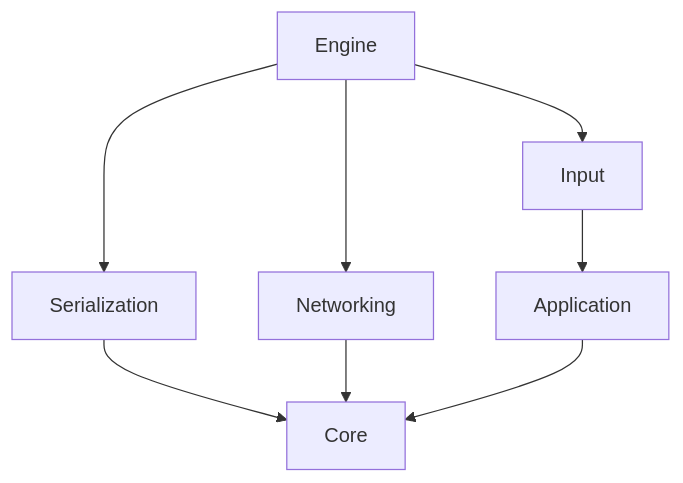
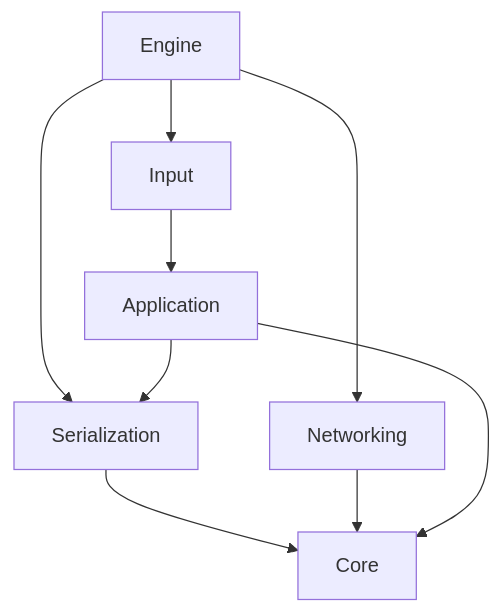
The diagram in docs/source/modules/index.md (JonatanNevo/portal-framework), drawn with Mermaid before and after one commit. The commit also changed 10 other files, not shown here.

````diff
--- a/docs/source/modules/index.md
+++ b/docs/source/modules/index.md
@@ -9,11 +9,12 @@
 ```{mermaid}
 
 flowchart TD
     Engine --> Input
     Engine --> Networking
     Engine --> Serialization
     Input --> Application
     Serialization --> Core
     Networking --> Core
     Application --> Core
+    Application --> Serialization
 ```
````
